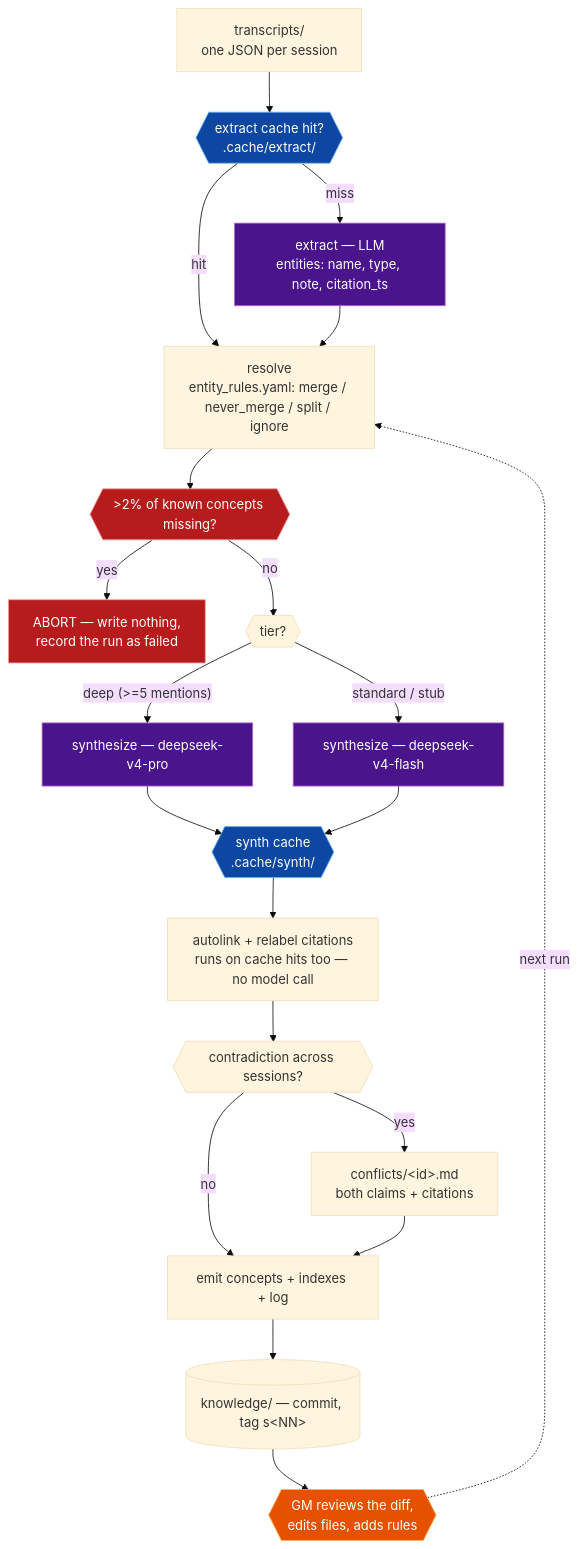
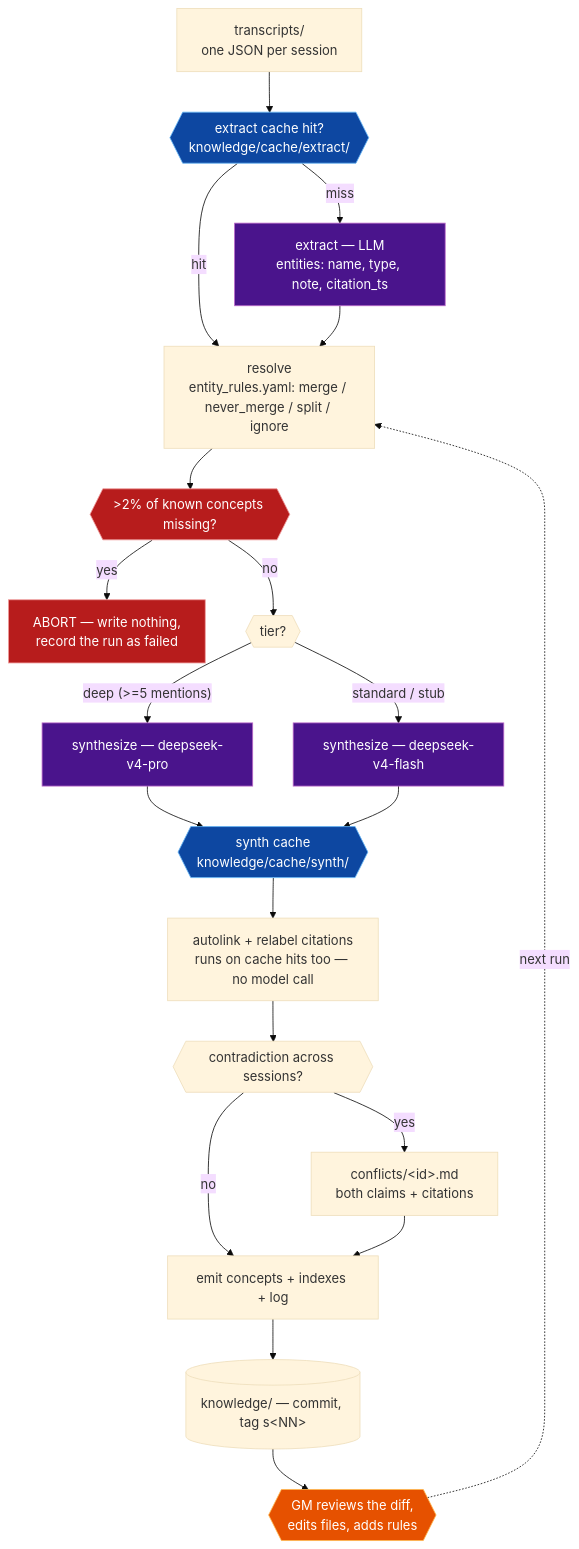
Before and after one commit to TimTyriell/pnp-knowledge: the fourth of 5 diagrams in docs/architecture/ARCHITECTURE.md, drawn with Mermaid (base theme). The commit also changed 20 other files, not shown here.

````diff
--- a/docs/architecture/ARCHITECTURE.md
+++ b/docs/architecture/ARCHITECTURE.md
@@ -217,27 +217,27 @@
 ```mermaid
 flowchart TB
     classDef llm fill:#4a148c,stroke:#ba68c8,color:#fff
     classDef cache fill:#0d47a1,stroke:#64b5f6,color:#fff
     classDef guard fill:#b71c1c,stroke:#ef9a9a,color:#fff
     classDef human fill:#e65100,stroke:#ffb74d,color:#fff
 
-    T["transcripts/<br/>one JSON per session"] --> EXC{{"extract cache hit?<br/>.cache/extract/"}}:::cache
+    T["transcripts/<br/>one JSON per session"] --> EXC{{"extract cache hit?<br/>knowledge/cache/extract/"}}:::cache
     EXC -->|miss| EX["extract — LLM<br/>entities: name, type, note, citation_ts"]:::llm
     EXC -->|hit| RES
     EX --> RES["resolve<br/>entity_rules.yaml: merge / never_merge / split / ignore"]
     RES --> GUARD{{">2% of known concepts missing?"}}:::guard
     GUARD -->|yes| ABORT["ABORT — write nothing,<br/>record the run as failed"]:::guard
     GUARD -->|no| TIER{{"tier?"}}
     TIER -->|"deep (>=5 mentions)"| SYP["synthesize — deepseek-v4-pro"]:::llm
     TIER -->|"standard / stub"| SYF["synthesize — deepseek-v4-flash"]:::llm
-    SYP --> SYC{{"synth cache<br/>.cache/synth/"}}:::cache
+    SYP --> SYC{{"synth cache<br/>knowledge/cache/synth/"}}:::cache
     SYF --> SYC
     SYC --> LINK["autolink + relabel citations<br/>runs on cache hits too — no model call"]
     LINK --> CONF{{"contradiction across sessions?"}}
     CONF -->|yes| CQ["conflicts/&lt;id&gt;.md<br/>both claims + citations"]
     CONF -->|no| EMIT
     CQ --> EMIT["emit concepts + indexes + log"]
     EMIT --> BUNDLE[("knowledge/ — commit, tag s&lt;NN&gt;")]
     BUNDLE --> GM{{"GM reviews the diff,<br/>edits files, adds rules"}}:::human
     GM -.->|"next run"| RES
 ```
````
